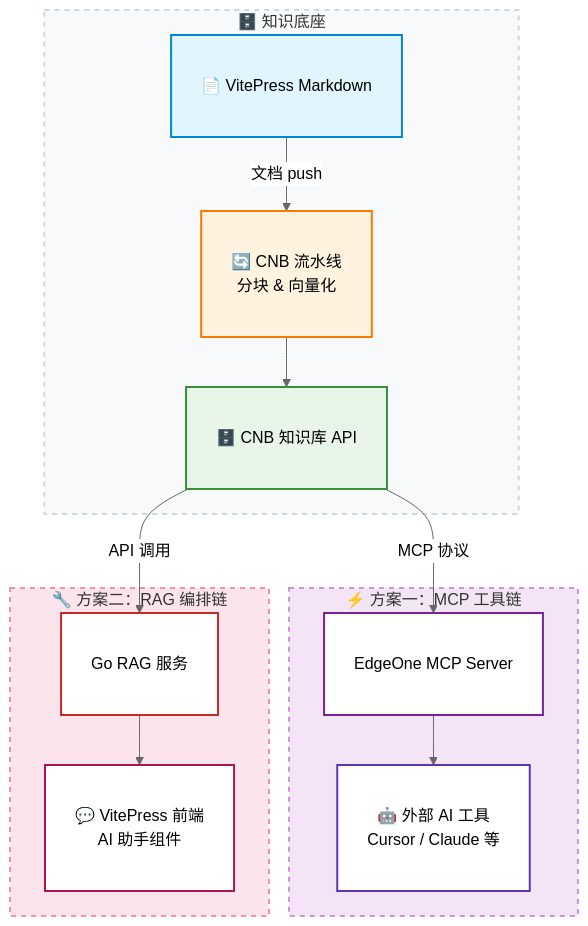
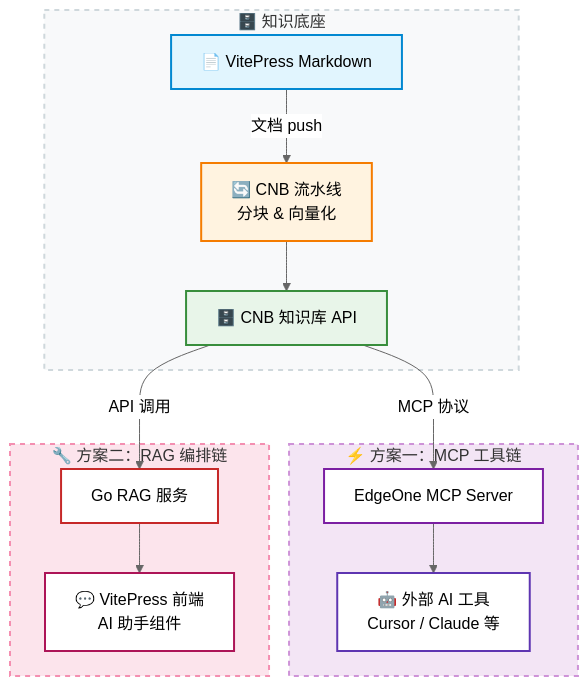
Before and after one commit to Mintimate/vector-mcp-edge: the diagram in features/architecture.md, drawn with Mermaid (neutral theme). The commit also changed 7 other files, not shown here.

````diff
--- a/features/architecture.md
+++ b/features/architecture.md
@@ -7,35 +7,33 @@
 ```mermaid
 flowchart TB
-    %% 强制放大字体与节点间距，防止缩放导致字太小
-    classDef default fontSize:16px,padding:16px;
 
     subgraph Base ["🗄️ 知识底座"]
         A["📄 VitePress Markdown"] -->|文档 push| B["🔄 CNB 流水线<br/>分块 & 向量化"]
         B --> C["🗄️ CNB 知识库 API"]
     end
 
     subgraph PlanA ["⚡ 方案一：MCP 工具链"]
         D["EdgeOne MCP Server"] --> F["🤖 外部 AI 工具<br/>Cursor / Claude 等"]
     end
 
     subgraph PlanB ["🔧 方案二：RAG 编排链"]
         E["Go RAG 服务"] --> G["💬 VitePress 前端<br/>AI 助手组件"]
     end
 
     C -->|MCP 协议| D
     C -->|API 调用| E
 
     %% 泳道/分组样式
     style Base fill:#f8f9fa,stroke:#cfd8dc,stroke-width:2px,stroke-dasharray: 5 5
     style PlanA fill:#f3e5f5,stroke:#ce93d8,stroke-width:2px,stroke-dasharray: 5 5
     style PlanB fill:#fce4ec,stroke:#f48fb1,stroke-width:2px,stroke-dasharray: 5 5
 
     %% 节点样式
     style A fill:#e1f5fe,stroke:#0288d1,stroke-width:2px
     style B fill:#fff3e0,stroke:#f57c00,stroke-width:2px
     style C fill:#e8f5e9,stroke:#388e3c,stroke-width:2px
     style D fill:#ffffff,stroke:#7b1fa2,stroke-width:2px
     style F fill:#ffffff,stroke:#5e35b1,stroke-width:2px
     style E fill:#ffffff,stroke:#c62828,stroke-width:2px
     style G fill:#ffffff,stroke:#ad1457,stroke-width:2px
 ```
````
